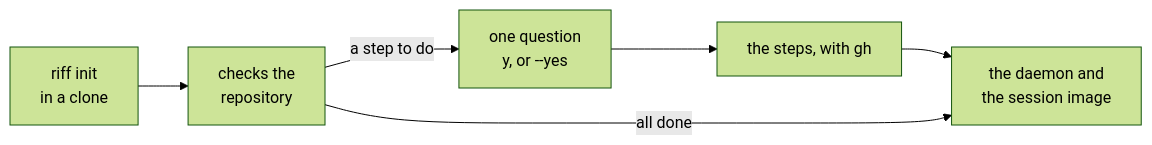
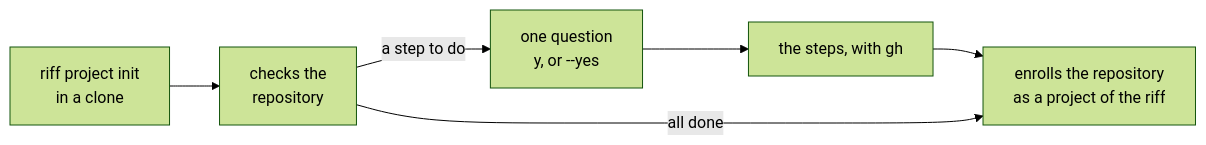
The fifth of 9 diagrams in docs/src/start-a-riff.md (como-technologies/riff), drawn with Mermaid (forest theme) before and after one commit. The commit also changed other lines of this file and 16 other files, not shown here.

First line of the commit message:
WIP: the book and the requirements of riff project

````diff
--- a/docs/src/start-a-riff.md
+++ b/docs/src/start-a-riff.md
@@ -655,8 +693,8 @@
 ```mermaid
 flowchart LR
-    I["riff init<br/>in a clone"] --> C["checks the<br/>repository"]
+    I["riff project init<br/>in a clone"] --> C["checks the<br/>repository"]
     C -- "a step to do" --> Q["one question<br/>y, or --yes"]
     Q --> S["the steps, with gh"]
-    S --> D["the daemon and<br/>the session image"]
-    C -- "all done" --> D
+    S --> E["enrolls the repository<br/>as a project of the riff"]
+    C -- "all done" --> E
 ```
````
